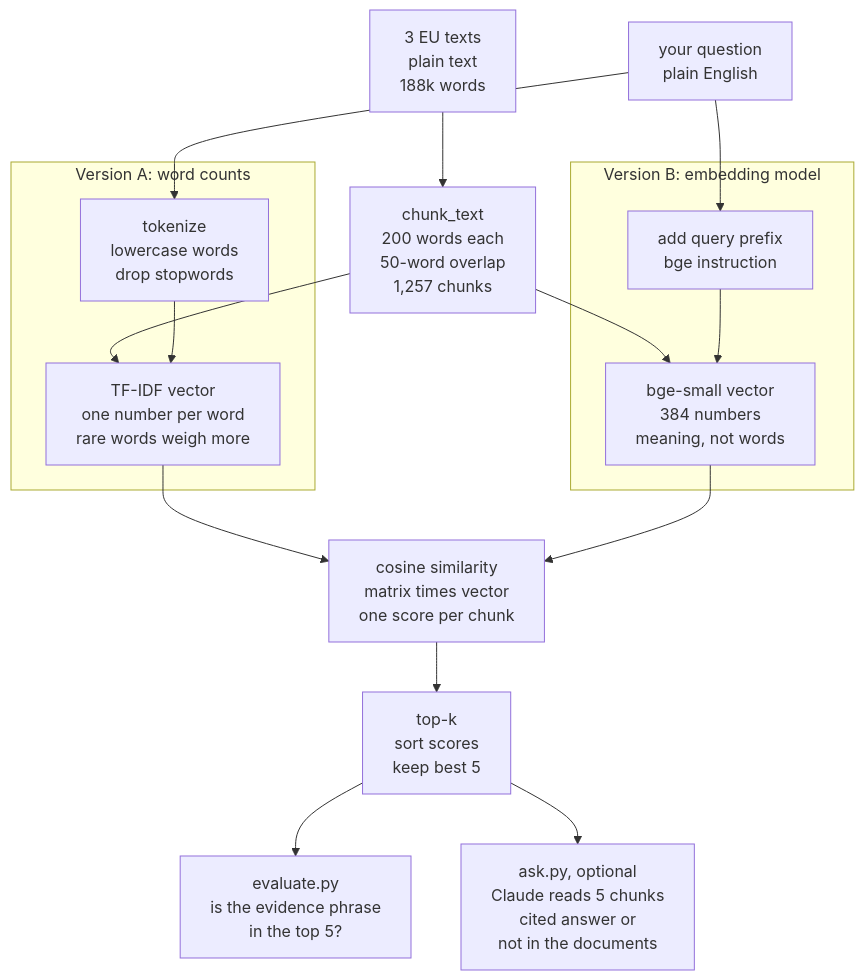
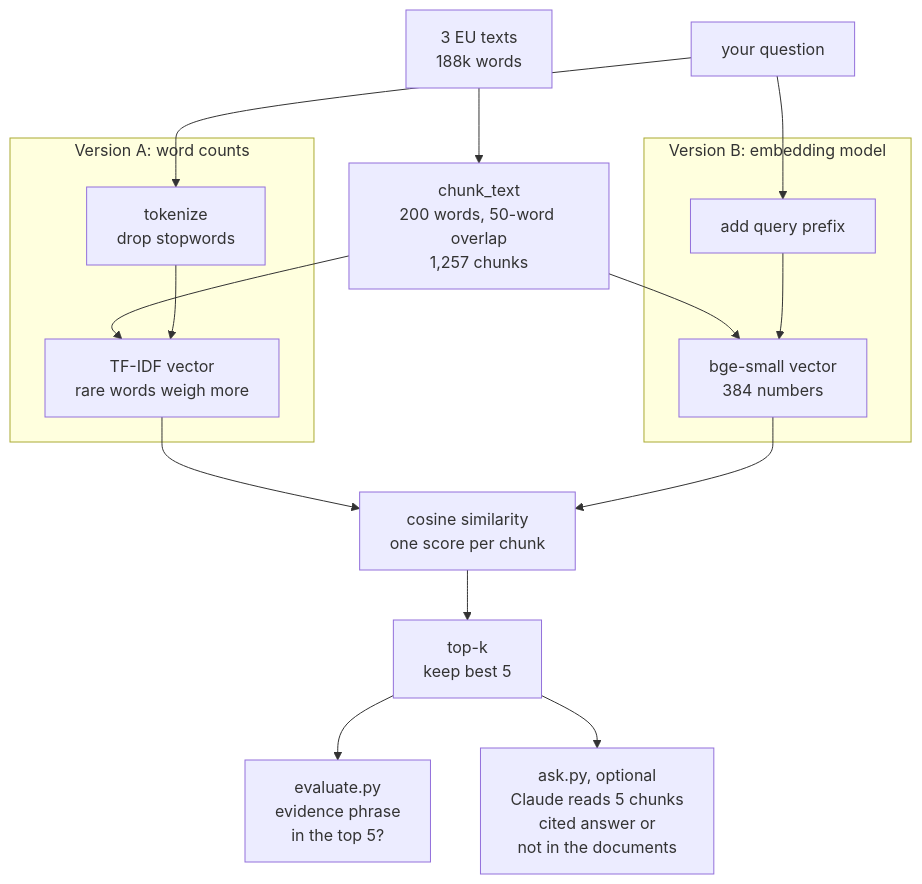
Before and after one commit to batutho-dot/rag-from-scratch: the second of 2 diagrams in docs/architecture.md, drawn with Mermaid. The commit also changed other lines of this file and 2 other files, not shown here.

````diff
--- a/docs/architecture.md
+++ b/docs/architecture.md
@@ -82,34 +79,34 @@
 ```mermaid
 flowchart TD
-    texts["3 EU texts<br/>plain text<br/>188k words"]
-    chunks["chunk_text<br/>200 words each<br/>50-word overlap<br/>1,257 chunks"]
-    question["your question<br/>plain English"]
+    texts["3 EU texts<br/>188k words"]
+    chunks["chunk_text<br/>200 words, 50-word overlap<br/>1,257 chunks"]
+    question["your question"]
 
     subgraph A["Version A: word counts"]
-        a1["tokenize<br/>lowercase words<br/>drop stopwords"]
-        a2["TF-IDF vector<br/>one number per word<br/>rare words weigh more"]
+        a1["tokenize<br/>drop stopwords"]
+        a2["TF-IDF vector<br/>rare words weigh more"]
     end
 
     subgraph B["Version B: embedding model"]
-        b1["add query prefix<br/>bge instruction"]
-        b2["bge-small vector<br/>384 numbers<br/>meaning, not words"]
+        b1["add query prefix"]
+        b2["bge-small vector<br/>384 numbers"]
     end
 
-    cosine["cosine similarity<br/>matrix times vector<br/>one score per chunk"]
-    topk["top-k<br/>sort scores<br/>keep best 5"]
-    score["evaluate.py<br/>is the evidence phrase<br/>in the top 5?"]
+    cosine["cosine similarity<br/>one score per chunk"]
+    topk["top-k<br/>keep best 5"]
+    score["evaluate.py<br/>evidence phrase<br/>in the top 5?"]
     answer["ask.py, optional<br/>Claude reads 5 chunks<br/>cited answer or<br/>not in the documents"]
 
     texts --> chunks
     chunks --> a2
     chunks --> b2
     question --> a1
     question --> b1
     a1 --> a2
     b1 --> b2
     a2 --> cosine
     b2 --> cosine
     cosine --> topk
     topk --> score
     topk --> answer
 ```
````
